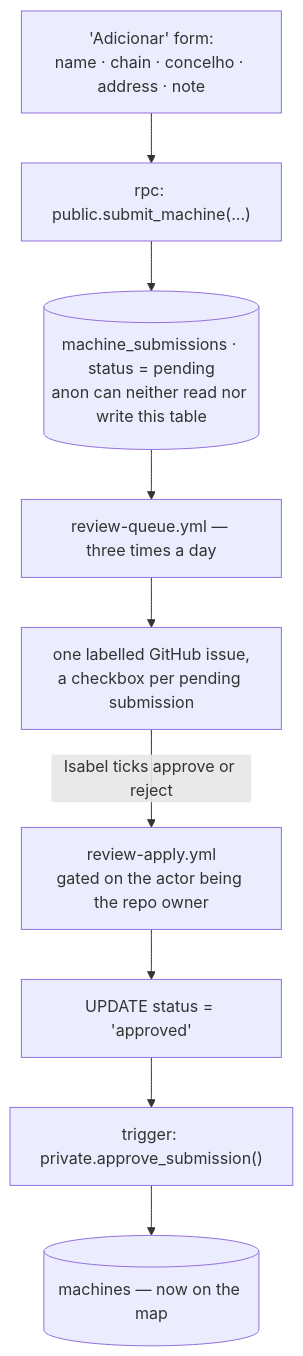
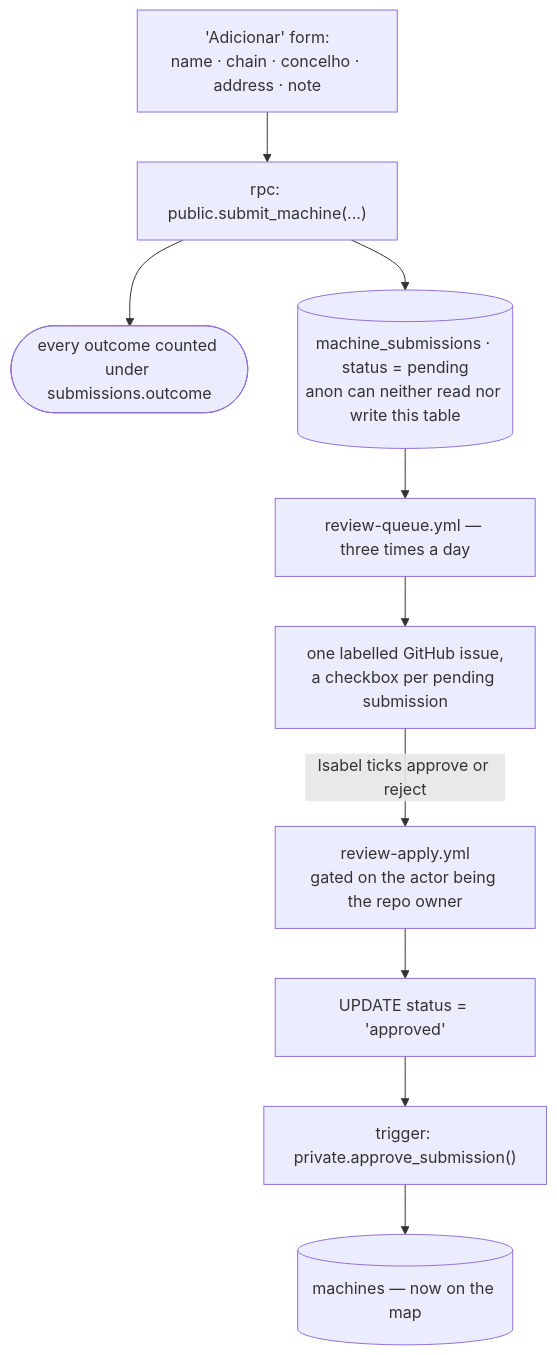
One commit to isabelhdias/voltacheck changed the sixth of 8 diagrams in docs/diagrams.md. Above: the diagram before and after it, drawn with Mermaid. The commit also changed other lines of this file and 9 other files, not shown here.

````diff
--- a/docs/diagrams.md
+++ b/docs/diagrams.md
@@ -151,11 +160,12 @@
 ```mermaid
 flowchart TD
   form["'Adicionar' form:<br/>name · chain · concelho · address · note"] --> rpc["rpc: public.submit_machine(...)"]
+  rpc --> cnt(["every outcome counted under submissions.outcome"])
   rpc --> sub[("machine_submissions · status = pending<br/>anon can neither read nor write this table")]
   sub --> q["review-queue.yml — three times a day"]
   q --> issue["one labelled GitHub issue,<br/>a checkbox per pending submission"]
   issue -->|"Isabel ticks approve or reject"| apply["review-apply.yml<br/>gated on the actor being the repo owner"]
   apply --> upd["UPDATE status = 'approved'"]
   upd --> trg["trigger: private.approve_submission()"]
   trg --> mach[("machines — now on the map")]
 ```
````
